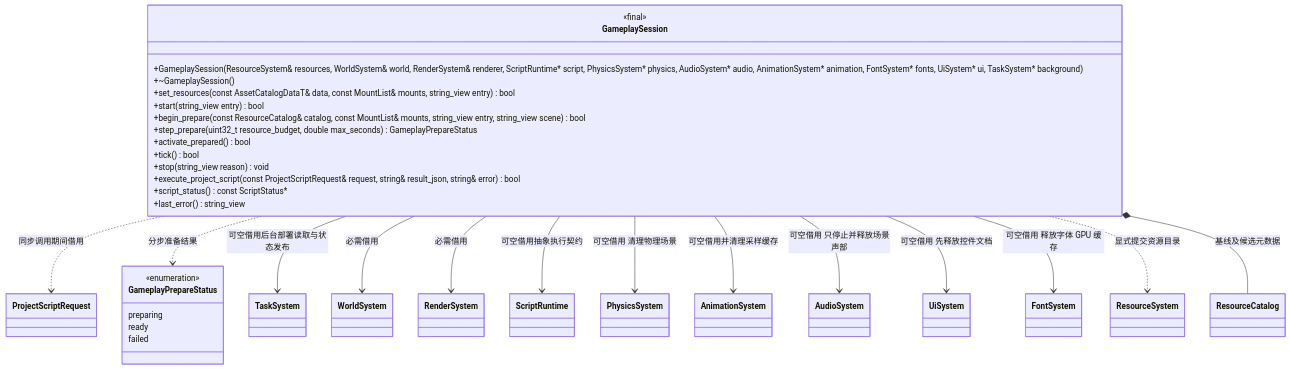
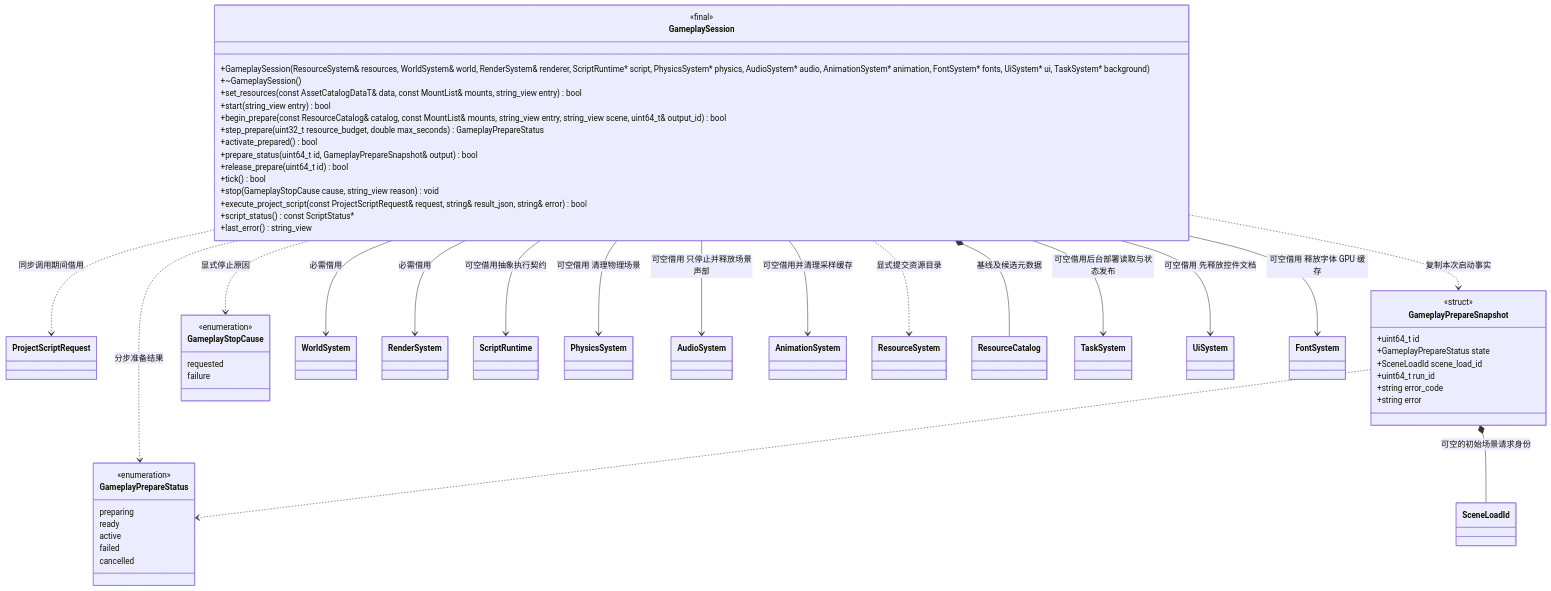
Before and after one commit to lcals/Engine: the first of 2 diagrams in docs/runtime/class-diagrams/gameplay-session.md, drawn with Mermaid. The commit also changed other lines of this file and 63 other files, not shown here.

````diff
--- a/docs/runtime/class-diagrams/gameplay-session.md
+++ b/docs/runtime/class-diagrams/gameplay-session.md
@@ -12,47 +14,70 @@
 ```mermaid
 classDiagram
     class ProjectScriptRequest
     GameplaySession ..> ProjectScriptRequest : 同步调用期间借用
     class GameplaySession {
         <<final>>
         +GameplaySession(ResourceSystem& resources, WorldSystem& world, RenderSystem& renderer, ScriptRuntime#42; script, PhysicsSystem#42; physics, AudioSystem#42; audio, AnimationSystem#42; animation, FontSystem#42; fonts, UiSystem#42; ui, TaskSystem#42; background)
         +~GameplaySession()
         +set_resources(const AssetCatalogDataT& data, const MountList& mounts, string_view entry) bool
         +start(string_view entry) bool
-        +begin_prepare(const ResourceCatalog& catalog, const MountList& mounts, string_view entry, string_view scene) bool
+        +begin_prepare(const ResourceCatalog& catalog, const MountList& mounts, string_view entry, string_view scene, uint64_t& output_id) bool
         +step_prepare(uint32_t resource_budget, double max_seconds) GameplayPrepareStatus
         +activate_prepared() bool
+        +prepare_status(uint64_t id, GameplayPrepareSnapshot& output) bool
+        +release_prepare(uint64_t id) bool
         +tick() bool
-        +stop(string_view reason) void
+        +stop(GameplayStopCause cause, string_view reason) void
         +execute_project_script(const ProjectScriptRequest& request, string& result_json, string& error) bool
         +script_status() const ScriptStatus#42;
         +last_error() string_view
     }
     class GameplayPrepareStatus {
         <<enumeration>>
         preparing
         ready
+        active
         failed
+        cancelled
     }
+    class GameplayPrepareSnapshot {
+        <<struct>>
+        +uint64_t id
+        +GameplayPrepareStatus state
+        +SceneLoadId scene_load_id
+        +uint64_t run_id
+        +string error_code
+        +string error
+    }
+    class SceneLoadId
+    class GameplayStopCause {
+        <<enumeration>>
+        requested
+        failure
+    }
+    GameplaySession ..> GameplayStopCause : 显式停止原因
+    GameplaySession ..> GameplayPrepareSnapshot : 复制本次启动事实
+    GameplayPrepareSnapshot ..> GameplayPrepareStatus
+    GameplayPrepareSnapshot *-- SceneLoadId : 可空的初始场景请求身份
     GameplaySession ..> GameplayPrepareStatus : 分步准备结果
     class WorldSystem
     class RenderSystem
     class ScriptRuntime
     class PhysicsSystem
     class AudioSystem
     class AnimationSystem
     class ResourceSystem
     class ResourceCatalog
     class TaskSystem
     GameplaySession --> TaskSystem : 可空借用后台部署读取与状态发布
     GameplaySession --> WorldSystem : 必需借用
     GameplaySession --> RenderSystem : 必需借用
     GameplaySession --> ScriptRuntime : 可空借用抽象执行契约
     GameplaySession --> PhysicsSystem : 可空借用 清理物理场景
     GameplaySession --> AnimationSystem : 可空借用并清理采样缓存
     GameplaySession --> AudioSystem : 可空借用 只停止并释放场景声部
     GameplaySession --> UiSystem : 可空借用 先释放控件文档
     GameplaySession --> FontSystem : 可空借用 释放字体 GPU 缓存
     GameplaySession ..> ResourceSystem : 显式提交资源目录
     GameplaySession *-- ResourceCatalog : 基线及候选元数据
 ```
````
